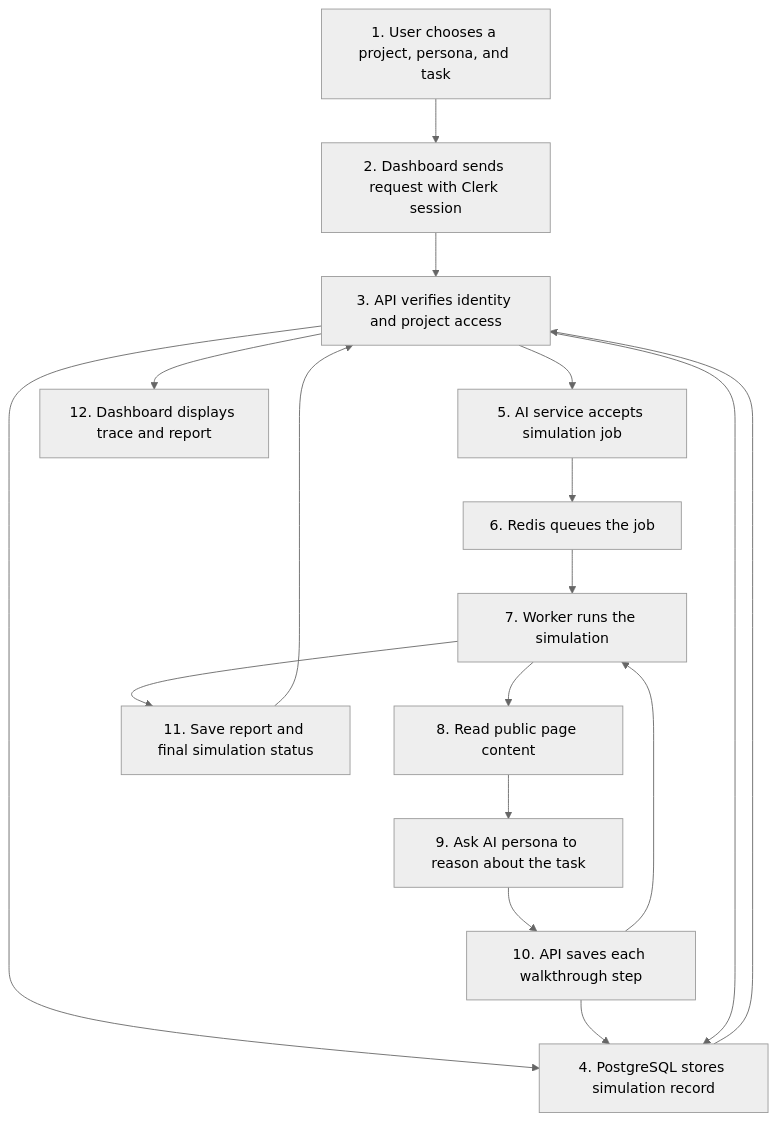
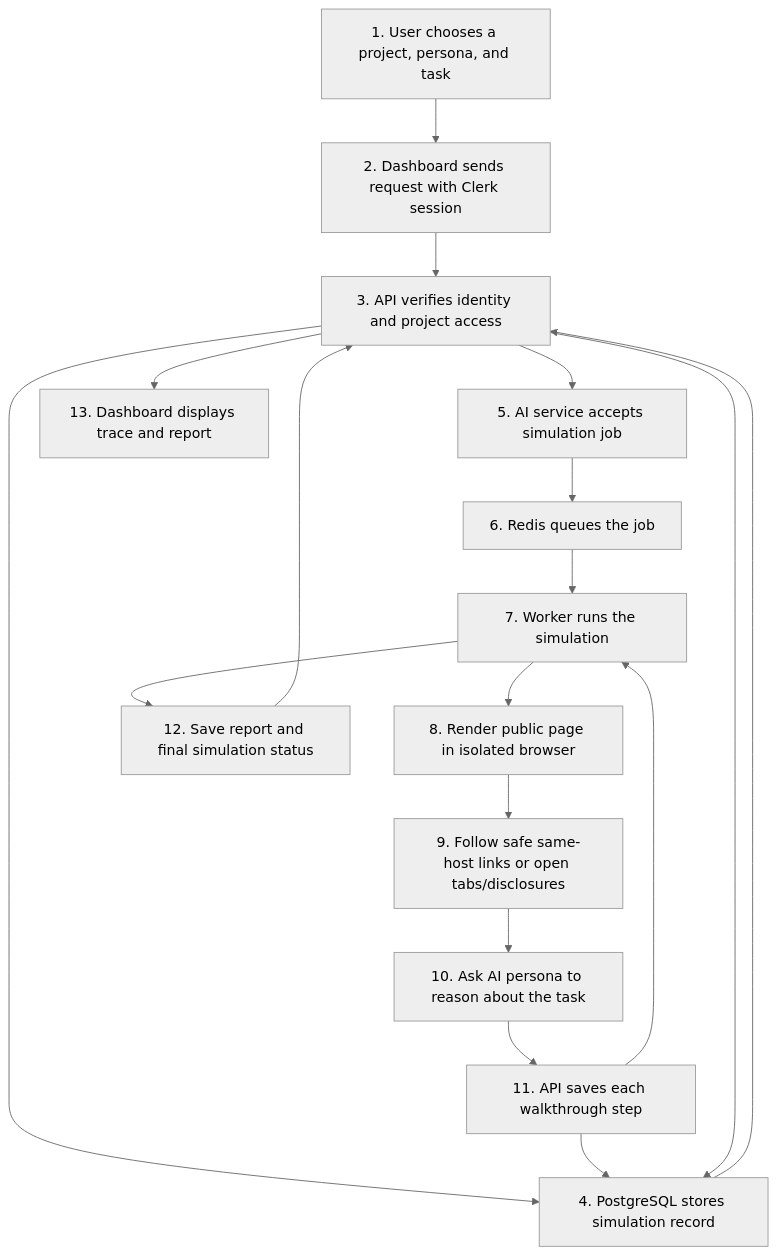
One commit to harshmriduhash/shadow-test changed the second of 3 diagrams in README.md. Above: the diagram before and after it, drawn with Mermaid (neutral theme). The commit also changed other lines of this file and 13 other files, not shown here.

Commit message:
Add safe browser walkthroughs and readiness checks

````diff
--- a/README.md
+++ b/README.md
@@ -135,24 +136,25 @@
 ```mermaid
 flowchart TD
     User["1. User chooses a project, persona, and task"]
     Web["2. Dashboard sends request with Clerk session"]
     API["3. API verifies identity and project access"]
     Database["4. PostgreSQL stores simulation record"]
     AIService["5. AI service accepts simulation job"]
     Queue["6. Redis queues the job"]
     Worker["7. Worker runs the simulation"]
-    Page["8. Read public page content"]
-    Model["9. Ask AI persona to reason about the task"]
-    SaveStep["10. API saves each walkthrough step"]
-    Report["11. Save report and final simulation status"]
-    Results["12. Dashboard displays trace and report"]
+    Page["8. Render public page in isolated browser"]
+    SafeActions["9. Follow safe same-host links or open tabs/disclosures"]
+    Model["10. Ask AI persona to reason about the task"]
+    SaveStep["11. API saves each walkthrough step"]
+    Report["12. Save report and final simulation status"]
+    Results["13. Dashboard displays trace and report"]
 
     User --> Web --> API
     API --> Database
     API --> AIService --> Queue --> Worker
-    Worker --> Page --> Model --> SaveStep --> Database
+    Worker --> Page --> SafeActions --> Model --> SaveStep --> Database
     SaveStep --> Worker
     Worker --> Report --> API
     API --> Database
     Database --> API --> Results
 ```
````
